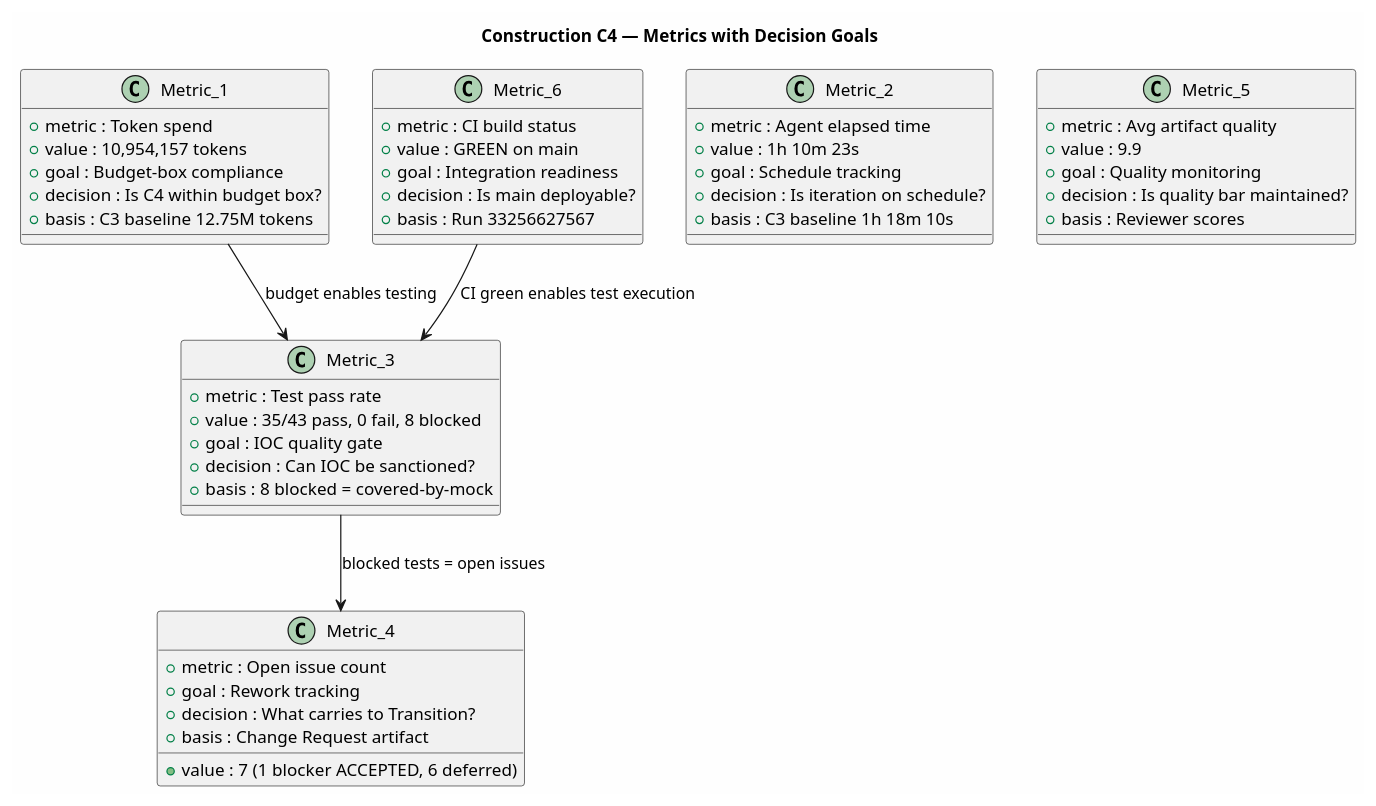
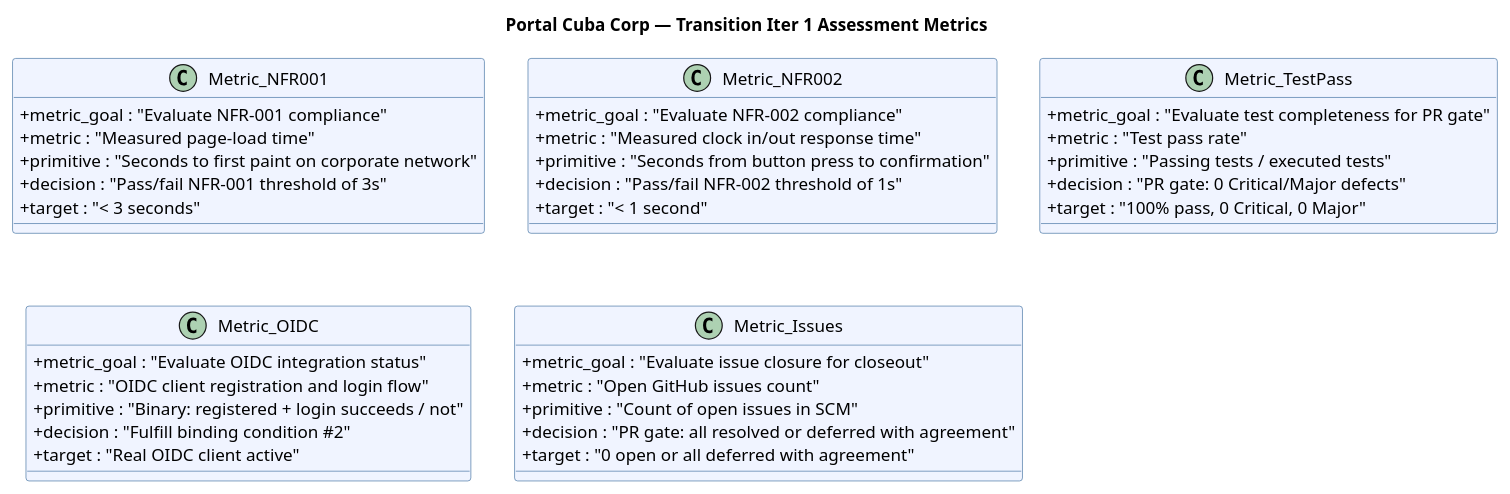
Before and after one commit to banense-test/portal-cuba-corp: the diagram in docs/artifacts/project-management/iteration-assessment.md, drawn with PlantUML. The commit also changed other lines of this file, not shown here.

First line of the commit message:
Project Manager [T1]: upsert Iteration Assessment

````diff
--- a/docs/artifacts/project-management/iteration-assessment.md
+++ b/docs/artifacts/project-management/iteration-assessment.md
@@ -191,61 +99,50 @@
 ```plantuml
 @startuml
-title Construction C4 — Metrics with Decision Goals
+title Portal Cuba Corp — Transition Iter 1 Assessment Metrics
 
-skinparam backgroundColor #FEFEFE
-skinparam shadowing false
+skinparam classAttributeIconSize 0
+skinparam classBackgroundColor #F0F4FF
+skinparam classBorderColor #336699
 
-class Metric_1 {
-  + metric : Token spend
-  + value : 10,954,157 tokens
-  + goal : Budget-box compliance
-  + decision : Is C4 within budget box?
-  + basis : C3 baseline 12.75M tokens
+class Metric_NFR001 {
+  + metric_goal : "Evaluate NFR-001 compliance"
+  + metric : "Measured page-load time"
+  + primitive : "Seconds to first paint on corporate network"
+  + decision : "Pass/fail NFR-001 threshold of 3s"
+  + target : "< 3 seconds"
 }
 
-class Metric_2 {
-  + metric : Agent elapsed time
-  + value : 1h 10m 23s
-  + goal : Schedule tracking
-  + decision : Is iteration on schedule?
-  + basis : C3 baseline 1h 18m 10s
+class Metric_NFR002 {
+  + metric_goal : "Evaluate NFR-002 compliance"
+  + metric : "Measured clock in/out response time"
+  + primitive : "Seconds from button press to confirmation"
+  + decision : "Pass/fail NFR-002 threshold of 1s"
+  + target : "< 1 second"
 }
 
-class Metric_3 {
-  + metric : Test pass rate
-  + value : 35/43 pass, 0 fail, 8 blocked
-  + goal : IOC quality gate
-  + decision : Can IOC be sanctioned?
-  + basis : 8 blocked = covered-by-mock
+class Metric_TestPass {
+  + metric_goal : "Evaluate test completeness for PR gate"
+  + metric : "Test pass rate"
+  + primitive : "Passing tests / executed tests"
+  + decision : "PR gate: 0 Critical/Major defects"
+  + target : "100% pass, 0 Critical, 0 Major"
 }
 
-class Metric_4 {
-  + metric : Open issue count
-  + value : 7 (1 blocker ACCEPTED, 6 deferred)
-  + goal : Rework tracking
-  + decision : What carries to Transition?
-  + basis : Change Request artifact
+class Metric_OIDC {
+  + metric_goal : "Evaluate OIDC integration status"
+  + metric : "OIDC client registration and login flow"
+  + primitive : "Binary: registered + login succeeds / not"
+  + decision : "Fulfill binding condition #2"
+  + target : "Real OIDC client active"
 }
 
-class Metric_5 {
-  + metric : Avg artifact quality
-  + value : 9.9
-  + goal : Quality monitoring
-  + decision : Is quality bar maintained?
-  + basis : Reviewer scores
+class Metric_Issues {
+  + metric_goal : "Evaluate issue closure for closeout"
+  + metric : "Open GitHub issues count"
+  + primitive : "Count of open issues in SCM"
+  + decision : "PR gate: all resolved or deferred with agreement"
+  + target : "0 open or all deferred with agreement"
 }
-
-class Metric_6 {
-  + metric : CI build status
-  + value : GREEN on main
-  + goal : Integration readiness
-  + decision : Is main deployable?
-  + basis : Run 33256627567
-}
-
-Metric_1 --> Metric_3 : budget enables testing
-Metric_3 --> Metric_4 : blocked tests = open issues
-Metric_6 --> Metric_3 : CI green enables test execution
 
 @enduml
 ```
````
